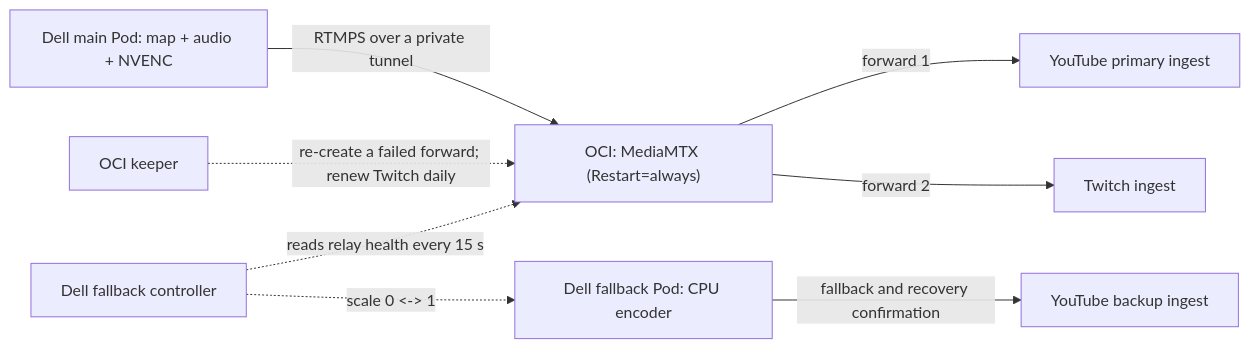
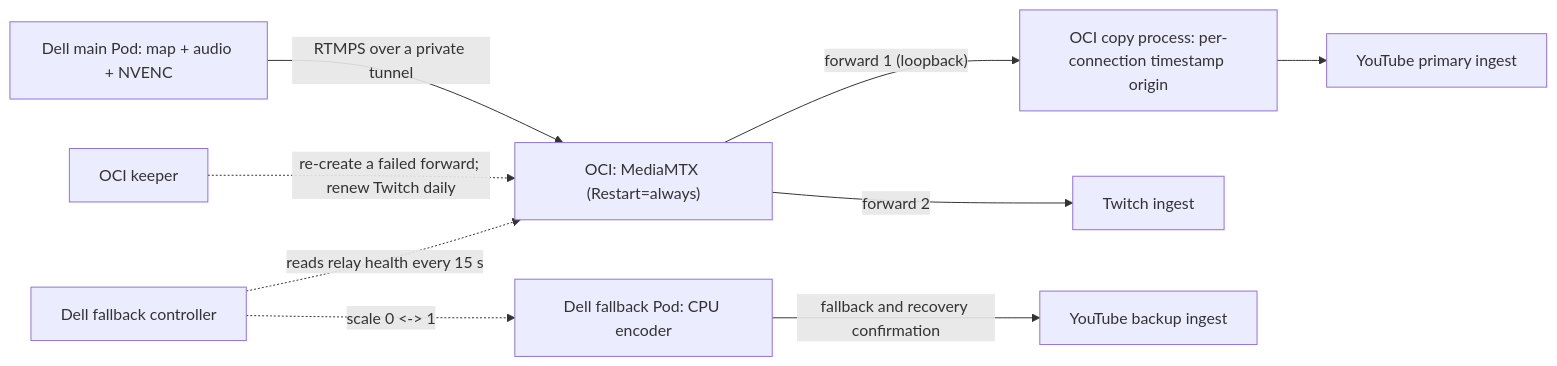
One commit to yukimurata0421/live-stream-systems-case-study changed the diagram in docs/v3/self-healing-oci-fanout.md. Above: the diagram before and after it, drawn with Mermaid. The commit also changed other lines of this file and 24 other files, not shown here.

First line of the commit message:
Give each YouTube connection its own timestamp origin after same-process recovery

````diff
--- a/docs/v3/self-healing-oci-fanout.md
+++ b/docs/v3/self-healing-oci-fanout.md
@@ -28,10 +28,11 @@
 ```mermaid
 flowchart LR
     MAIN["Dell main Pod: map + audio + NVENC"] -->|"RTMPS over a private tunnel"| MTX["OCI: MediaMTX (Restart=always)"]
-    MTX -->|"forward 1"| YT["YouTube primary ingest"]
+    MTX -->|"forward 1 (loopback)"| COPY["OCI copy process: per-connection timestamp origin"]
+    COPY --> YT["YouTube primary ingest"]
     MTX -->|"forward 2"| TW["Twitch ingest"]
     KEEP["OCI keeper"] -. "re-create a failed forward; renew Twitch daily" .-> MTX
     CTRL["Dell fallback controller"] -. "reads relay health every 15 s" .-> MTX
     CTRL -. "scale 0 <-> 1" .-> FB["Dell fallback Pod: CPU encoder"]
     FB -->|"fallback and recovery confirmation"| YTB["YouTube backup ingest"]
 ```
````
